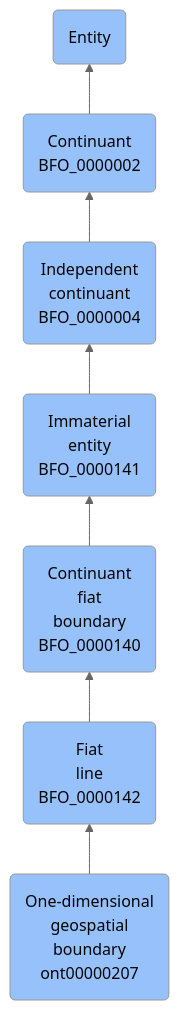
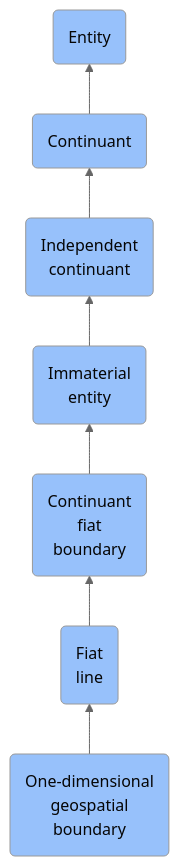
Before and after one commit to jupyter-naas/abi: the diagram in docs/ontology/reference/model/Entity/Continuant/Independent continuant/Immaterial entity/Continuant fiat boundary/Fiat line/One-dimensional geospatial boundary/One-dimensional geospatial boundary.md, drawn with Mermaid (neutral theme). The commit also changed other lines of this file and 1430 other files, not shown here.

````diff
--- a/docs/ontology/reference/model/Entity/Continuant/Independent continuant/Immaterial entity/Continuant fiat boundary/Fiat line/One-dimensional geospatial boundary/One-dimensional geospatial boundary.md
+++ b/docs/ontology/reference/model/Entity/Continuant/Independent continuant/Immaterial entity/Continuant fiat boundary/Fiat line/One-dimensional geospatial boundary/One-dimensional geospatial boundary.md
@@ -24,14 +24,14 @@
 ```mermaid
 graph BT
-    ont00000207(One-dimensional<br>geospatial<br>boundary<br>ont00000207):::BFO-->BFO_0000142
-    BFO_0000142(Fiat<br>line<br>BFO_0000142):::BFO-->BFO_0000140
-    BFO_0000140(Continuant<br>fiat<br>boundary<br>BFO_0000140):::BFO-->BFO_0000141
-    BFO_0000141(Immaterial<br>entity<br>BFO_0000141):::BFO-->BFO_0000004
-    BFO_0000004(Independent<br>continuant<br>BFO_0000004):::BFO-->BFO_0000002
-    BFO_0000002(Continuant<br>BFO_0000002):::BFO-->BFO_0000001
+    ont00000207(One-dimensional<br>geospatial<br>boundary):::BFO-->BFO_0000142
+    BFO_0000142(Fiat<br>line):::BFO-->BFO_0000140
+    BFO_0000140(Continuant<br>fiat<br>boundary):::BFO-->BFO_0000141
+    BFO_0000141(Immaterial<br>entity):::BFO-->BFO_0000004
+    BFO_0000004(Independent<br>continuant):::BFO-->BFO_0000002
+    BFO_0000002(Continuant):::BFO-->BFO_0000001
     BFO_0000001(Entity):::BFO
     
     classDef BFO fill:#97c1fb,color:#060606
     classDef CCO fill:#e4c51e,color:#060606
     classDef ABI fill:#48DD82,color:#060606
 ```
````
